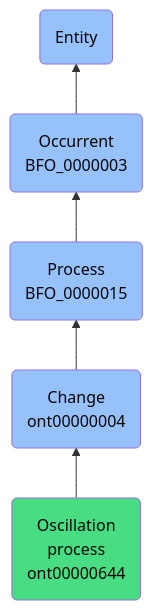
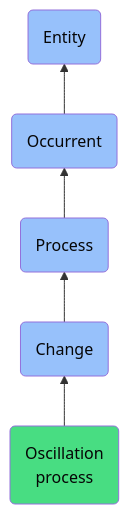
The diagram in docs/ontology/reference/model/Entity/Occurrent/Process/Change/Oscillation process/Oscillation process.md (jupyter-naas/abi), drawn with Mermaid before and after one commit. The commit also changed other lines of this file and 1430 other files, not shown here.

````diff
--- a/docs/ontology/reference/model/Entity/Occurrent/Process/Change/Oscillation process/Oscillation process.md
+++ b/docs/ontology/reference/model/Entity/Occurrent/Process/Change/Oscillation process/Oscillation process.md
@@ -24,12 +24,12 @@
 ```mermaid
 graph BT
-    ont00000644(Oscillation<br>process<br>ont00000644):::ABI-->ont00000004
-    ont00000004(Change<br>ont00000004):::BFO-->BFO_0000015
-    BFO_0000015(Process<br>BFO_0000015):::BFO-->BFO_0000003
-    BFO_0000003(Occurrent<br>BFO_0000003):::BFO-->BFO_0000001
+    ont00000644(Oscillation<br>process):::ABI-->ont00000004
+    ont00000004(Change):::BFO-->BFO_0000015
+    BFO_0000015(Process):::BFO-->BFO_0000003
+    BFO_0000003(Occurrent):::BFO-->BFO_0000001
     BFO_0000001(Entity):::BFO
     
     classDef BFO fill:#97c1fb,color:#060606
     classDef CCO fill:#e4c51e,color:#060606
     classDef ABI fill:#48DD82,color:#060606
 ```
````
